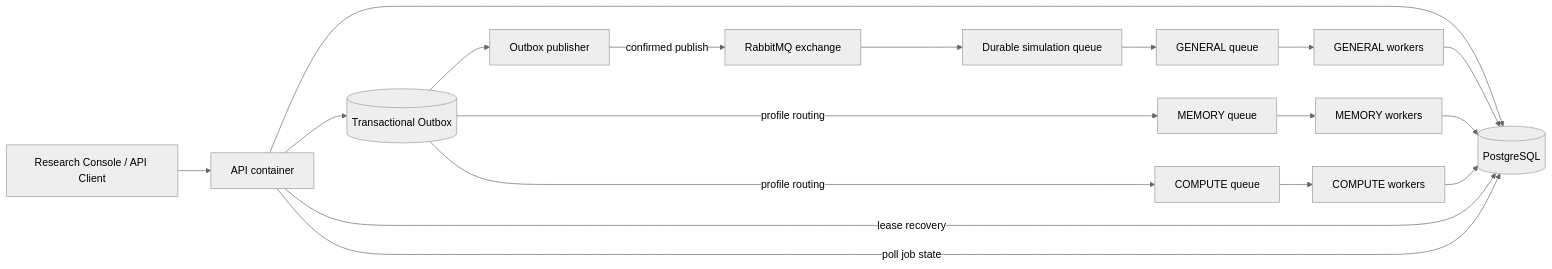
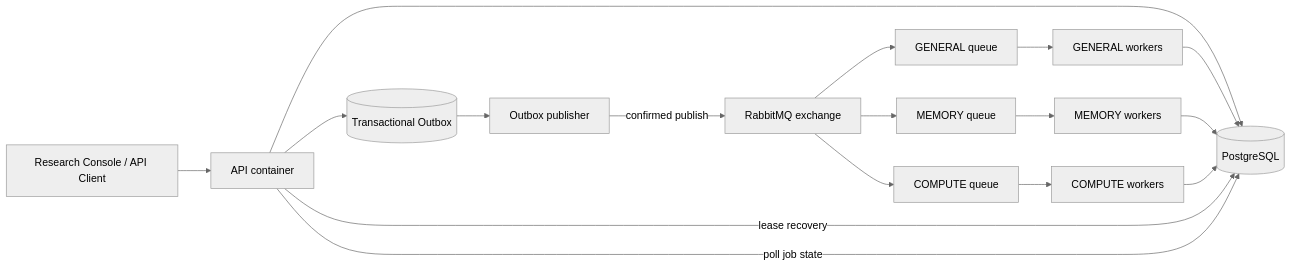
One commit to iamdatagabs/perfusion_lab changed the diagram in docs/ARCHITECTURE.md. Above: the diagram before and after it, drawn with Mermaid (neutral theme).

Commit message:
Correct profile queue topology diagram

```diff
--- a/docs/ARCHITECTURE.md
+++ b/docs/ARCHITECTURE.md
@@ -7,20 +7,19 @@
 ~~~mermaid
 flowchart LR
   Client[Research Console / API Client] --> API[API container]
   API --> DB[(PostgreSQL)]
   API --> O[(Transactional Outbox)]
   O --> PUB[Outbox publisher]
   PUB -->|confirmed publish| EX[RabbitMQ exchange]
-  EX --> Q[Durable simulation queue]
-  Q --> G[GENERAL queue]
-  O -->|profile routing| M[MEMORY queue]
-  O -->|profile routing| C[COMPUTE queue]
+  EX --> G[GENERAL queue]
+  EX --> M[MEMORY queue]
+  EX --> C[COMPUTE queue]
   G --> W1[GENERAL workers]
   M --> W2[MEMORY workers]
   C --> WN[COMPUTE workers]
   W1 --> DB
   W2 --> DB
   WN --> DB
   API -->|lease recovery| DB
   API -->|poll job state| DB
 ~~~
```
